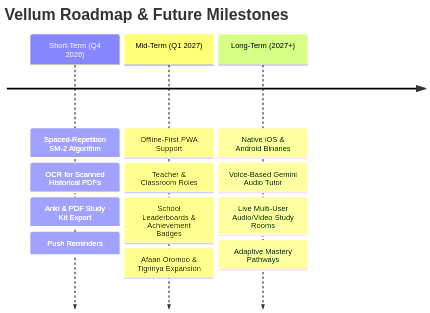
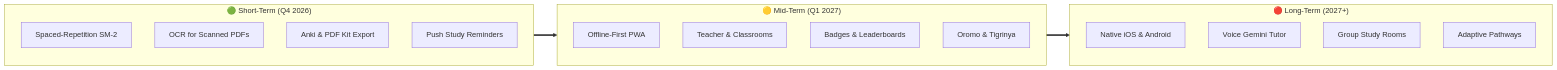
The fourth of 7 diagrams in README.md (eseromdemissew/vellum), drawn with Mermaid before and after one commit. The commit also changed other lines of this file, not shown here.

Commit message:
fix(docs): resolve Mermaid syntax error on System Architecture and normalize all diagrams for GitHub renderer

````diff
--- a/README.md
+++ b/README.md
@@ -464,7 +470,28 @@
 ```mermaid
-timeline
-    title Vellum Roadmap & Future Milestones
-    Short-Term (Q4 2026) : Spaced-Repetition SM-2 Algorithm : OCR for Scanned Historical PDFs : Anki & PDF Study Kit Export : Push Reminders
-    Mid-Term (Q1 2027) : Offline-First PWA Support : Teacher & Classroom Roles : School Leaderboards & Achievement Badges : Afaan Oromoo & Tigrinya Expansion
-    Long-Term (2027+) : Native iOS & Android Binaries : Voice-Based Gemini Audio Tutor : Live Multi-User Audio/Video Study Rooms : Adaptive Mastery Pathways
+flowchart LR
+    subgraph ST ["🟢 Short-Term (Q4 2026)"]
+        direction TB
+        ST1["Spaced-Repetition SM-2"]
+        ST2["OCR for Scanned PDFs"]
+        ST3["Anki & PDF Kit Export"]
+        ST4["Push Study Reminders"]
+    end
+
+    subgraph MT ["🟡 Mid-Term (Q1 2027)"]
+        direction TB
+        MT1["Offline-First PWA"]
+        MT2["Teacher & Classrooms"]
+        MT3["Badges & Leaderboards"]
+        MT4["Oromo & Tigrinya"]
+    end
+
+    subgraph LT ["🔴 Long-Term (2027+)"]
+        direction TB
+        LT1["Native iOS & Android"]
+        LT2["Voice Gemini Tutor"]
+        LT3["Group Study Rooms"]
+        LT4["Adaptive Pathways"]
+    end
+
+    ST ==> MT ==> LT
 ```
````
